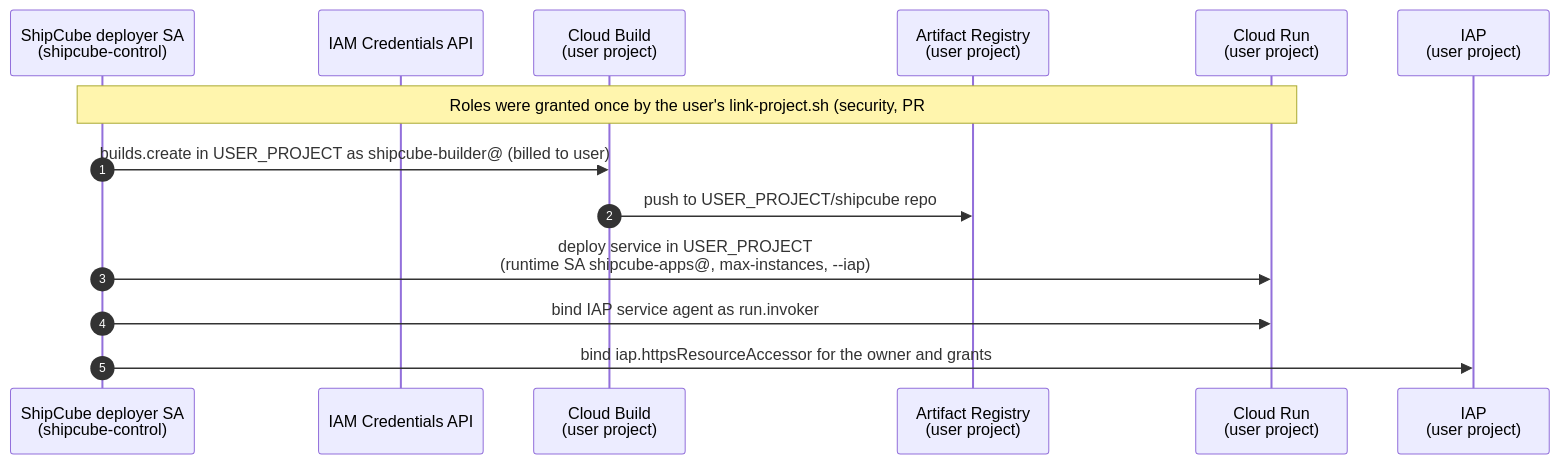
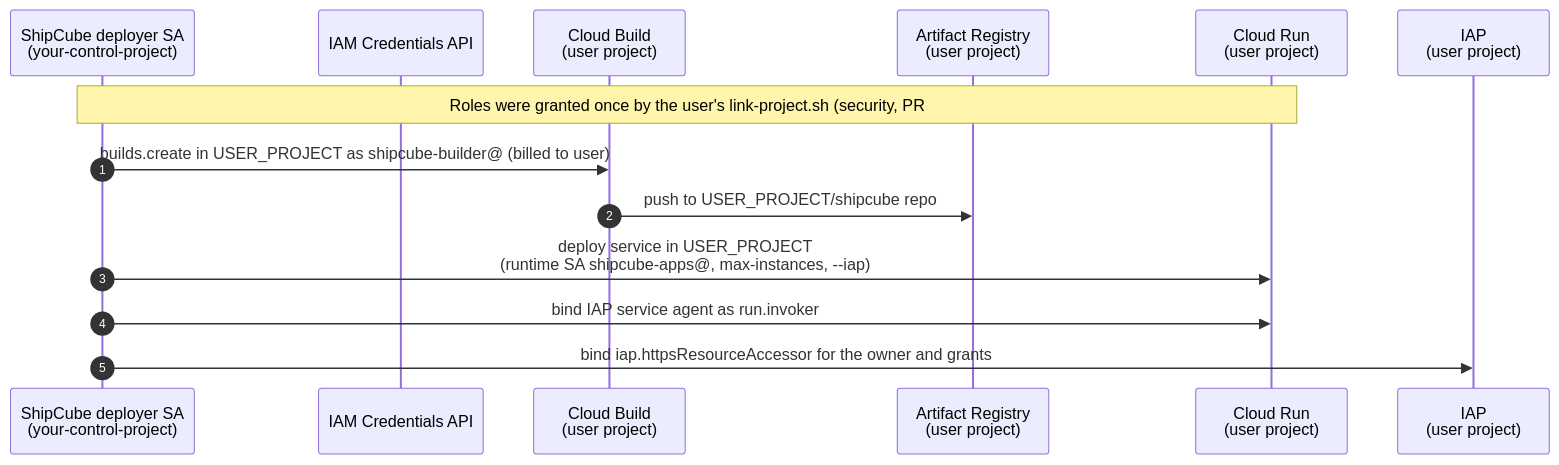
One commit to Kunal-Shahi/shipcube changed the second of 2 diagrams in docs/research/networking.md. Above: the diagram before and after it, drawn with Mermaid. The commit also changed other lines of this file and 70 other files, not shown here.

````diff
--- a/docs/research/networking.md
+++ b/docs/research/networking.md
@@ -377,17 +377,17 @@
 ```mermaid
 sequenceDiagram
     autonumber
-    participant W as ShipCube deployer SA<br/>(shipcube-control)
+    participant W as ShipCube deployer SA<br/>(your-control-project)
     participant IAM as IAM Credentials API
     participant CB as Cloud Build<br/>(user project)
     participant AR as Artifact Registry<br/>(user project)
     participant CR as Cloud Run<br/>(user project)
     participant IAP as IAP<br/>(user project)
 
     Note over W,CR: Roles were granted once by the user's link-project.sh (security, PR #2)
     W->>CB: builds.create in USER_PROJECT as shipcube-builder@ (billed to user)
     CB->>AR: push to USER_PROJECT/shipcube repo
     W->>CR: deploy service in USER_PROJECT<br/>(runtime SA shipcube-apps@, max-instances, --iap)
     W->>CR: bind IAP service agent as run.invoker
     W->>IAP: bind iap.httpsResourceAccessor for the owner and grants
 ```
````
